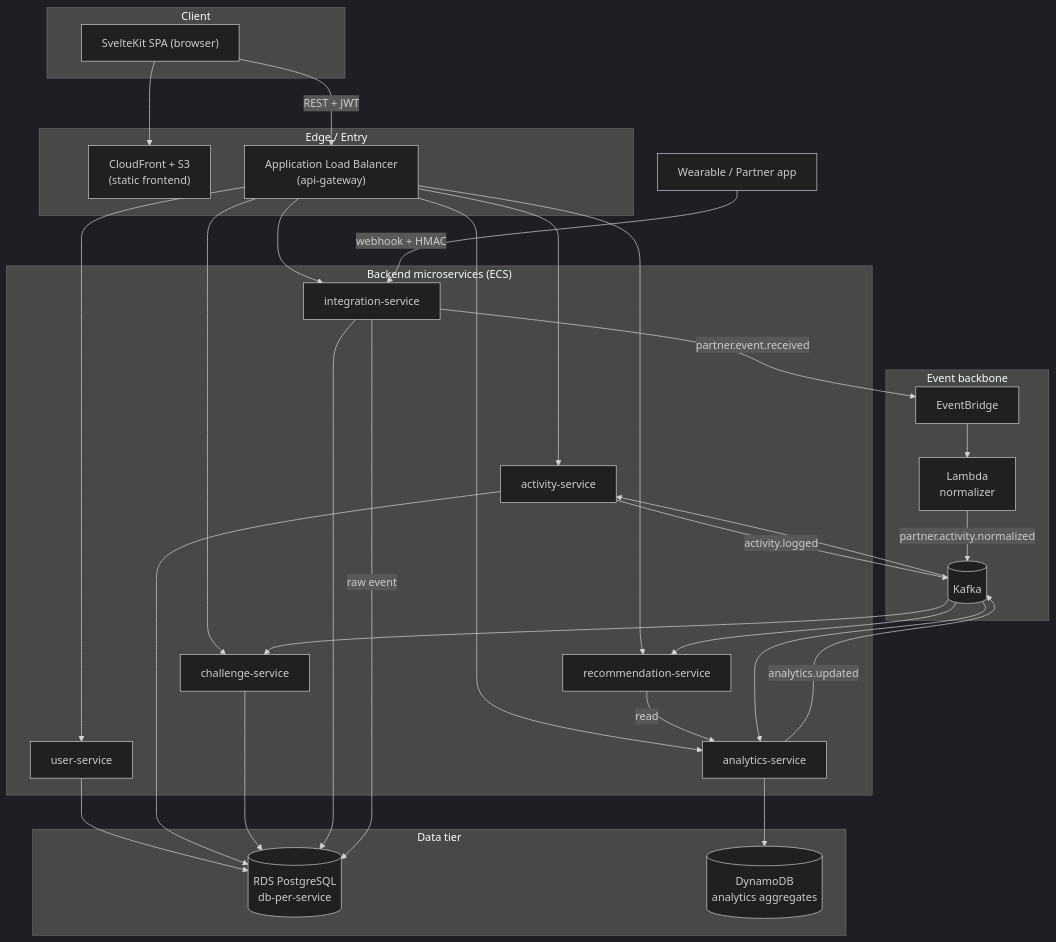
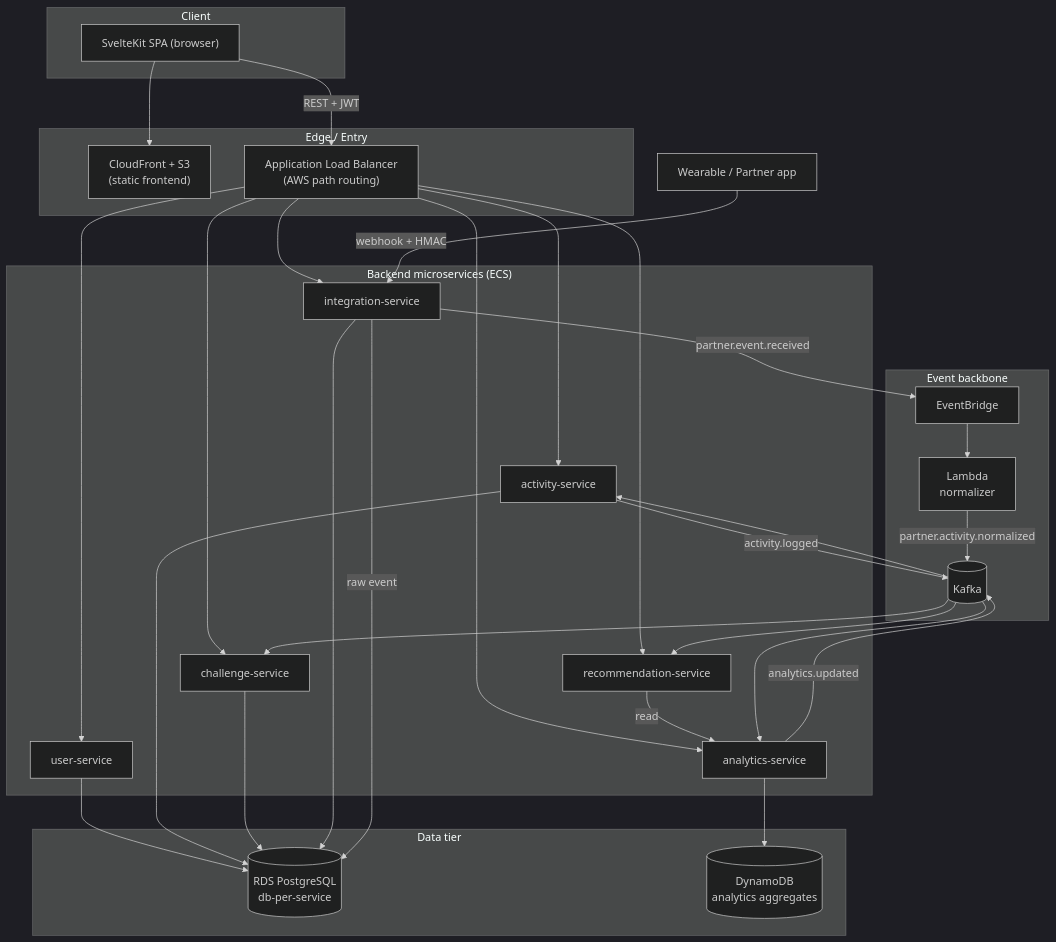
One commit to rohitvats26/habitloop changed the first of 10 diagrams in docs/03-diagrams.md. Above: the diagram before and after it, drawn with Mermaid (dark theme). The commit also changed other lines of this file and 121 other files, not shown here.

````diff
--- a/docs/03-diagrams.md
+++ b/docs/03-diagrams.md
@@ -17,53 +16,53 @@
 ```mermaid
 flowchart TB
     subgraph Client["Client"]
         Browser["SvelteKit SPA (browser)"]
     end
 
     subgraph Edge["Edge / Entry"]
         CF["CloudFront + S3<br/>(static frontend)"]
-        ALB["Application Load Balancer<br/>(api-gateway)"]
+        ALB["Application Load Balancer<br/>(AWS path routing)"]
     end
 
     subgraph Backend["Backend microservices (ECS)"]
         US["user-service"]
         AS["activity-service"]
         CS["challenge-service"]
         IS["integration-service"]
         ANS["analytics-service"]
         RS["recommendation-service"]
     end
 
     subgraph Async["Event backbone"]
         KAFKA[("Kafka")]
         EB["EventBridge"]
         LAMBDA["Lambda<br/>normalizer"]
     end
 
     subgraph Data["Data tier"]
         RDS[("RDS PostgreSQL<br/>db-per-service")]
         DDB[("DynamoDB<br/>analytics aggregates")]
     end
 
     Partner["Wearable / Partner app"]
 
     Browser --> CF
     Browser -->|REST + JWT| ALB
     ALB --> US & AS & CS & IS & ANS & RS
     US & AS & CS & IS --> RDS
     ANS --> DDB
     RS -->|read| ANS
 
     AS -->|activity.logged| KAFKA
     KAFKA --> CS
     KAFKA --> ANS
     ANS -->|analytics.updated| KAFKA
     KAFKA --> RS
 
     Partner -->|webhook + HMAC| IS
     IS -->|raw event| RDS
     IS -->|partner.event.received| EB
     EB --> LAMBDA
     LAMBDA -->|partner.activity.normalized| KAFKA
     KAFKA --> AS
 ```
````
